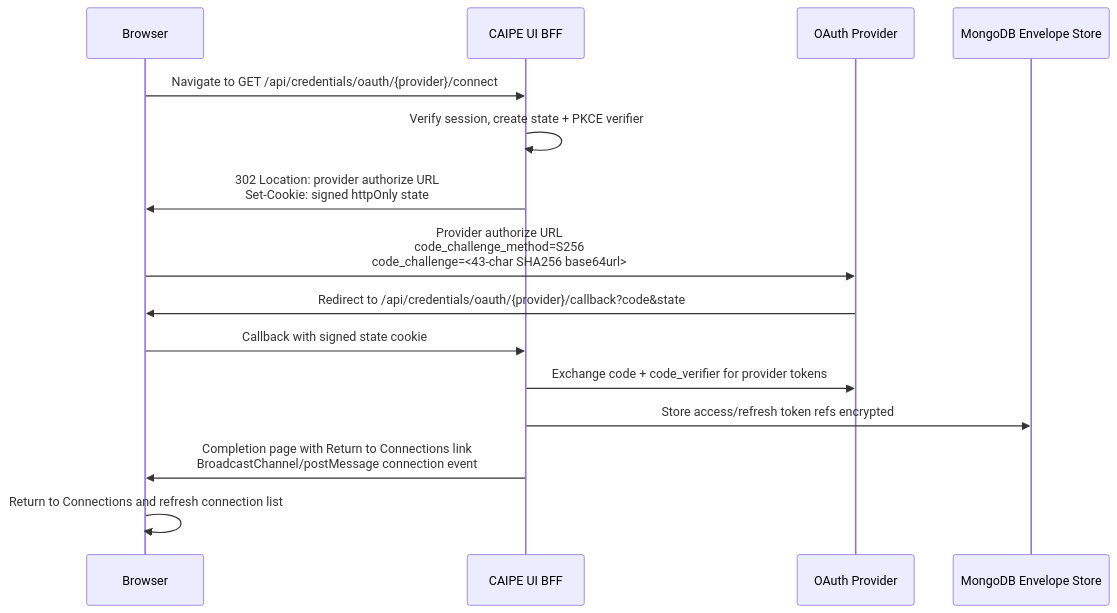
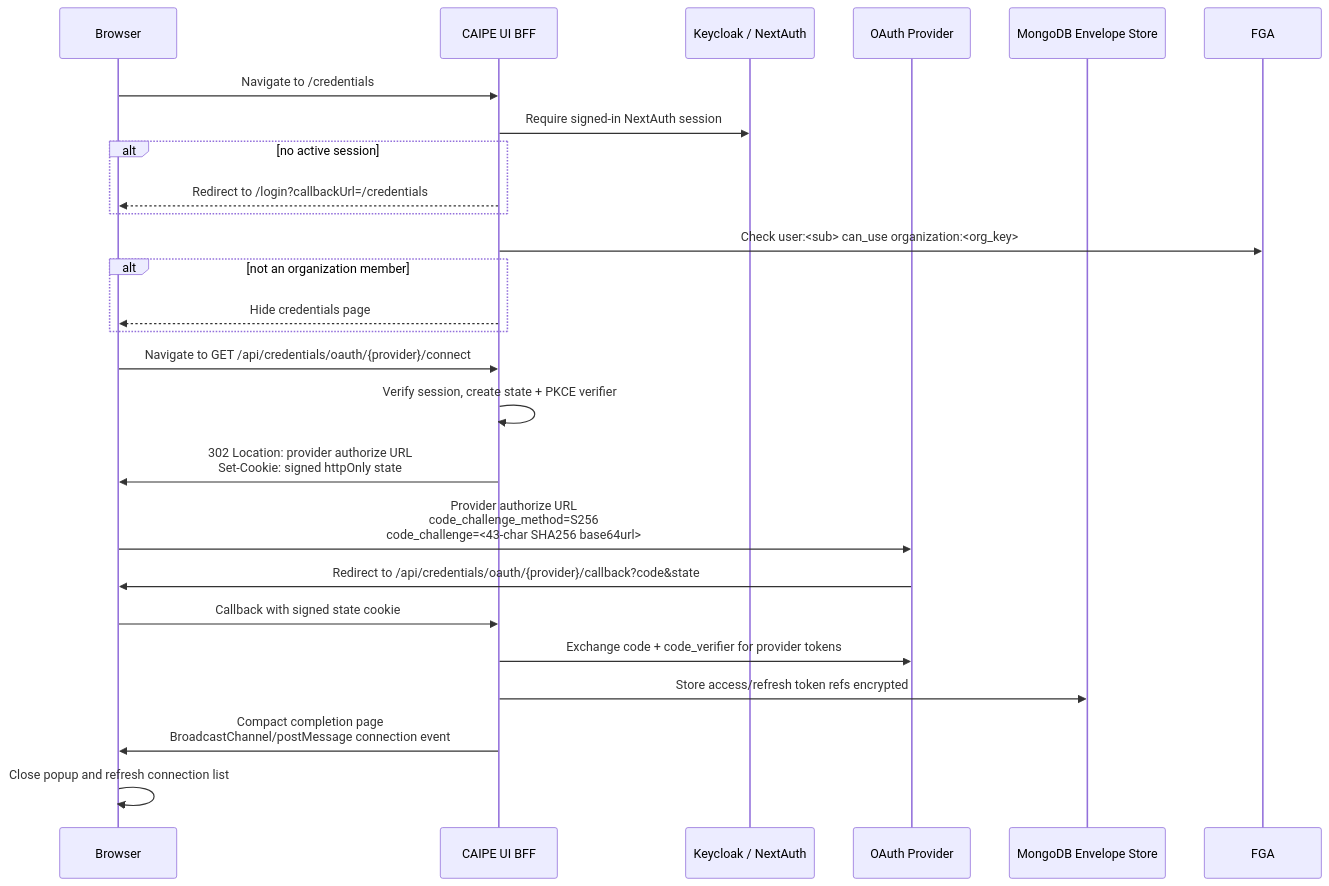
Before and after one commit to cnoe-io/ai-platform-engineering: the fourth of 12 diagrams in docs/docs/security/rbac/workflows.md, drawn with Mermaid. The commit also changed other lines of this file and 4 other files, not shown here.

````diff
--- a/docs/docs/security/rbac/workflows.md
+++ b/docs/docs/security/rbac/workflows.md
@@ -255,18 +255,28 @@
 ```mermaid
 sequenceDiagram
   participant B as Browser
   participant UI as CAIPE UI BFF
+  participant KC as Keycloak / NextAuth
   participant P as OAuth Provider
   participant DB as MongoDB Envelope Store
 
+  B->>UI: Navigate to /credentials
+  UI->>KC: Require signed-in NextAuth session
+  alt no active session
+    UI-->>B: Redirect to /login?callbackUrl=/credentials
+  end
+  UI->>FGA: Check user:<sub> can_use organization:<org_key>
+  alt not an organization member
+    UI-->>B: Hide credentials page
+  end
   B->>UI: Navigate to GET /api/credentials/oauth/{provider}/connect
   UI->>UI: Verify session, create state + PKCE verifier
   UI->>B: 302 Location: provider authorize URL<br/>Set-Cookie: signed httpOnly state
   B->>P: Provider authorize URL<br/>code_challenge_method=S256<br/>code_challenge=<43-char SHA256 base64url>
   P->>B: Redirect to /api/credentials/oauth/{provider}/callback?code&state
   B->>UI: Callback with signed state cookie
   UI->>P: Exchange code + code_verifier for provider tokens
   UI->>DB: Store access/refresh token refs encrypted
-  UI->>B: Completion page with Return to Connections link<br/>BroadcastChannel/postMessage connection event
-  B->>B: Return to Connections and refresh connection list
+  UI->>B: Compact completion page<br/>BroadcastChannel/postMessage connection event
+  B->>B: Close popup and refresh connection list
 ```
````
